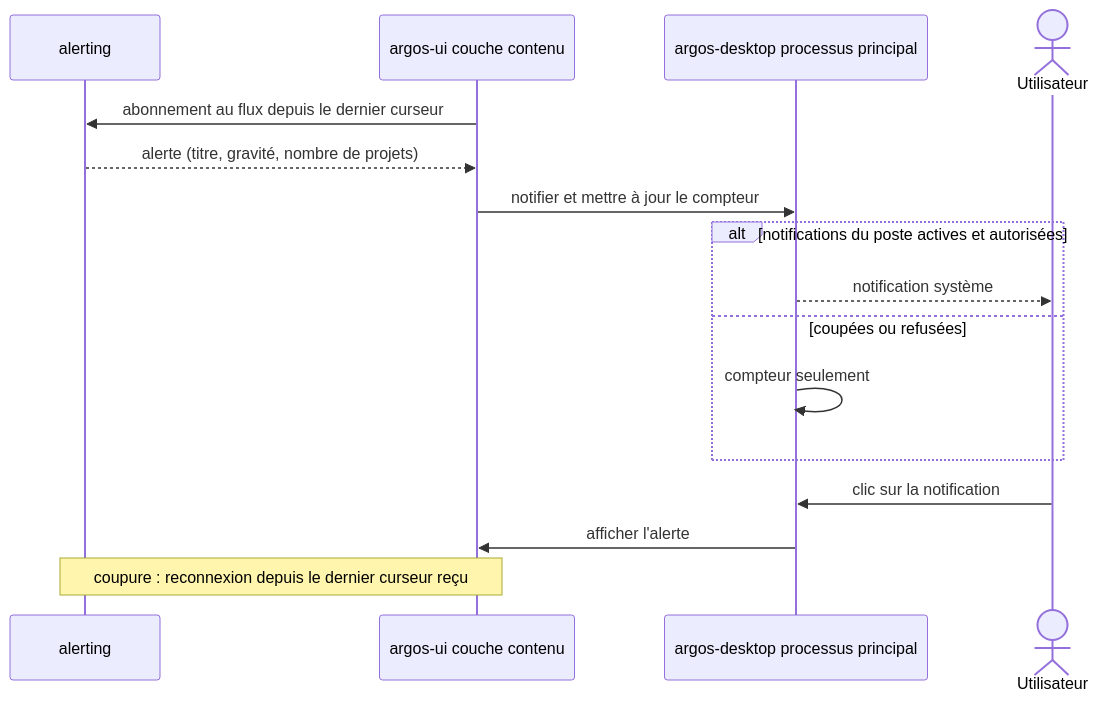
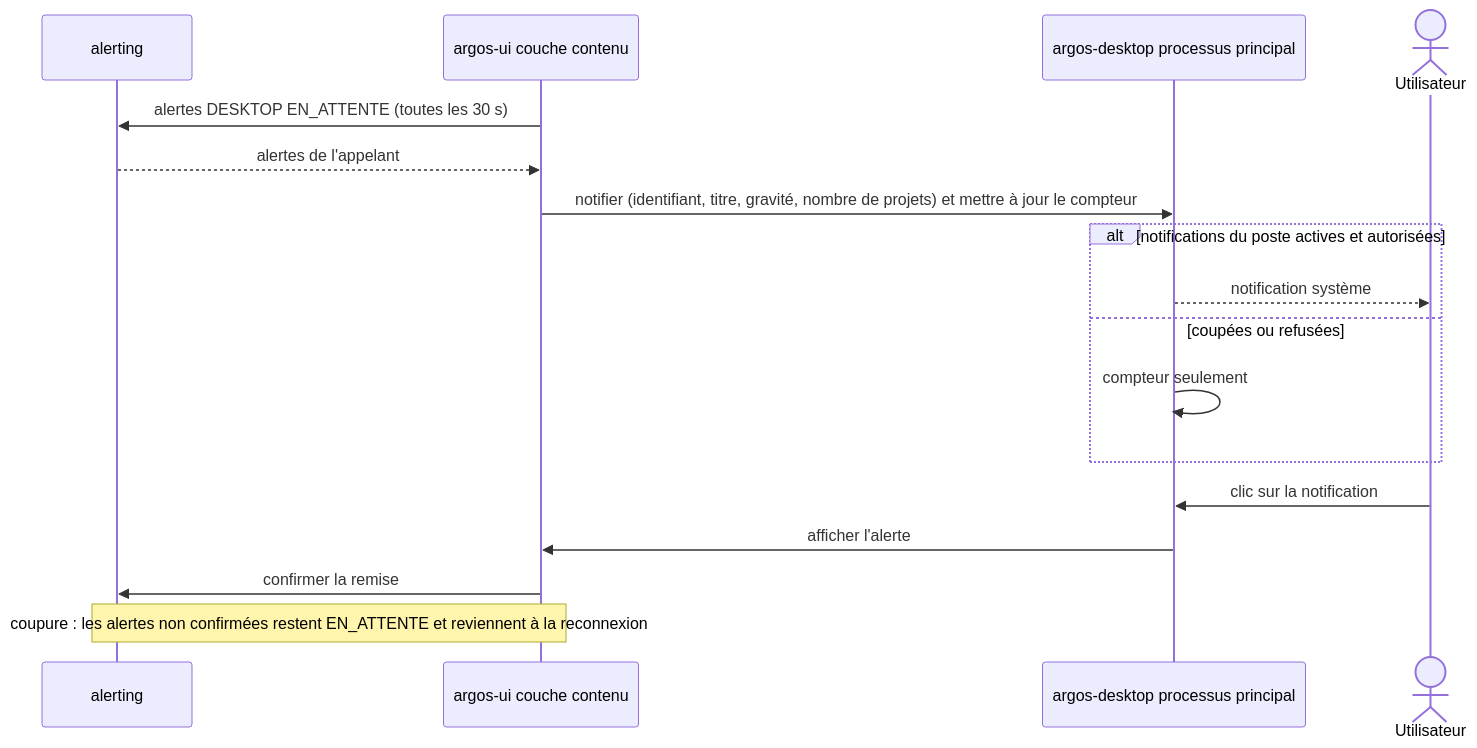
The diagram in openspec/changes/notifier-sur-le-poste/design.md (FTurleque/argos-tech-platform), drawn with Mermaid before and after one commit. The commit also changed other lines of this file and 8 other files, not shown here.

````diff
--- a/openspec/changes/notifier-sur-le-poste/design.md
+++ b/openspec/changes/notifier-sur-le-poste/design.md
@@ -52,18 +52,19 @@
 ```mermaid
 sequenceDiagram
     participant AL as alerting
     participant UI as argos-ui couche contenu
     participant D as argos-desktop processus principal
     actor U as Utilisateur
-    UI->>AL: abonnement au flux depuis le dernier curseur
-    AL-->>UI: alerte (titre, gravité, nombre de projets)
-    UI->>D: notifier et mettre à jour le compteur
+    UI->>AL: alertes DESKTOP EN_ATTENTE (toutes les 30 s)
+    AL-->>UI: alertes de l'appelant
+    UI->>D: notifier (identifiant, titre, gravité, nombre de projets) et mettre à jour le compteur
     alt notifications du poste actives et autorisées
         D-->>U: notification système
     else coupées ou refusées
         D->>D: compteur seulement
     end
     U->>D: clic sur la notification
     D->>UI: afficher l'alerte
-    Note over UI,AL: coupure : reconnexion depuis le dernier curseur reçu
+    UI->>AL: confirmer la remise
+    Note over UI,AL: coupure : les alertes non confirmées restent EN_ATTENTE et reviennent à la reconnexion
 ```
````
